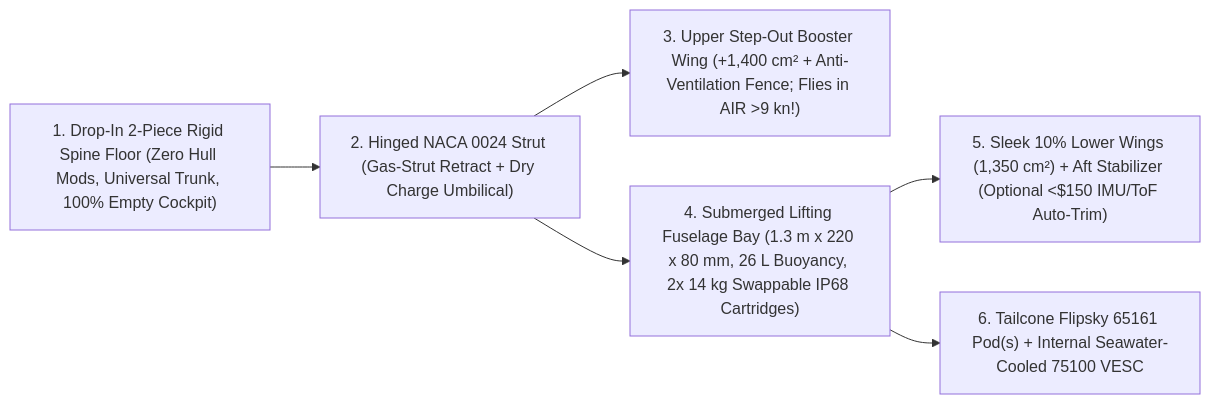
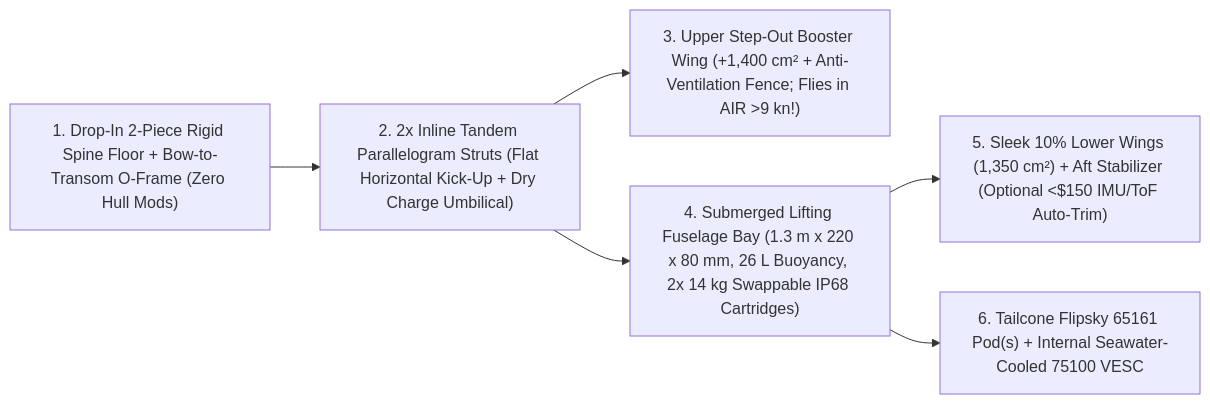
Before and after one commit to boats-boats-boats/foil-skiff: the first of 2 diagrams in README.md, drawn with Mermaid. The commit also changed other lines of this file and 2 other files, not shown here.

Commit message:
Make 2x inline tandem parallelogram struts mandatory for pivoting 1.3m Flying-Keel Pod

````diff
--- a/README.md
+++ b/README.md
@@ -13,8 +13,8 @@
 ```mermaid
 flowchart LR
-    Floor["1. Drop-In 2-Piece Rigid Spine Floor (Zero Hull Mods, Universal Trunk, 100% Empty Cockpit)"] --> Strut["2. Hinged NACA 0024 Strut (Gas-Strut Retract + Dry Charge Umbilical)"]
+    Floor["1. Drop-In 2-Piece Rigid Spine Floor + Bow-to-Transom O-Frame (Zero Hull Mods)"] --> Strut["2. 2x Inline Tandem Parallelogram Struts (Flat Horizontal Kick-Up + Dry Charge Umbilical)"]
     Strut --> Upper["3. Upper Step-Out Booster Wing (+1,400 cm² + Anti-Ventilation Fence; Flies in AIR >9 kn!)"]
     Strut --> Fuse["4. Submerged Lifting Fuselage Bay (1.3 m x 220 x 80 mm, 26 L Buoyancy, 2x 14 kg Swappable IP68 Cartridges)"]
     Fuse --> Wings["5. Sleek 10% Lower Wings (1,350 cm²) + Aft Stabilizer (Optional <$150 IMU/ToF Auto-Trim)"]
     Fuse --> Motor["6. Tailcone Flipsky 65161 Pod(s) + Internal Seawater-Cooled 75100 VESC"]
 ```
````
